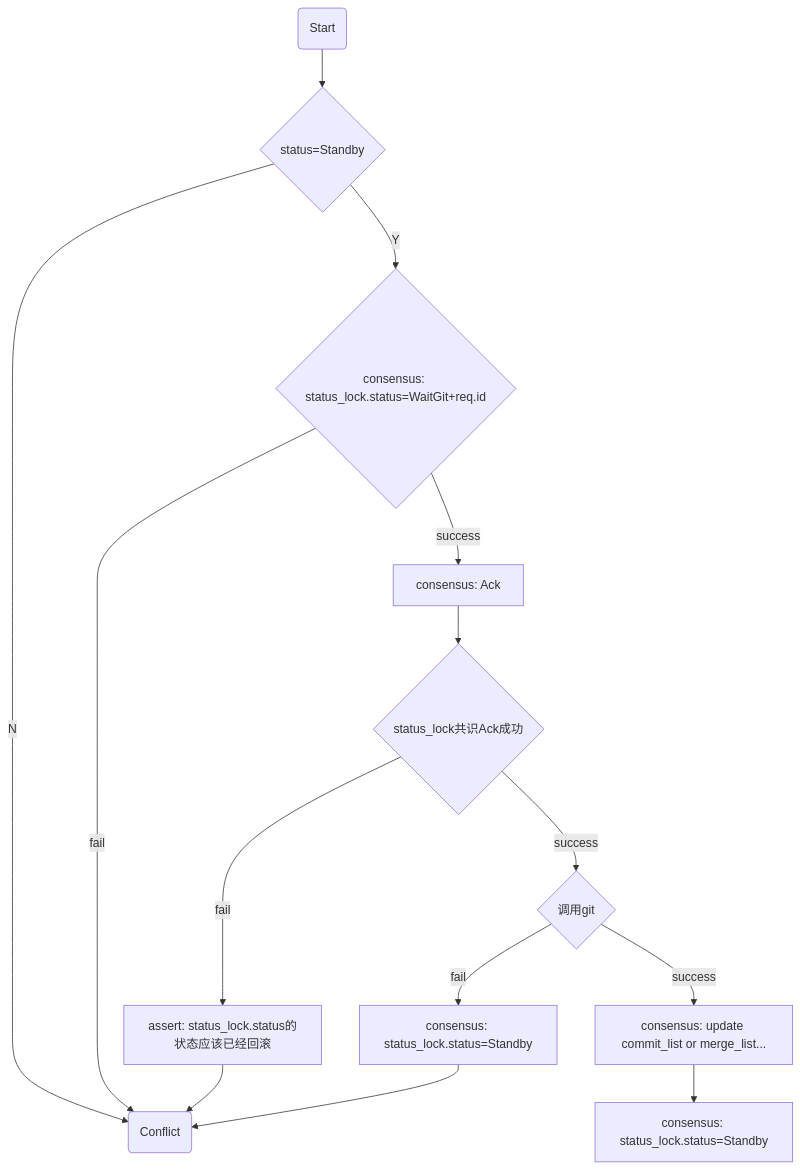
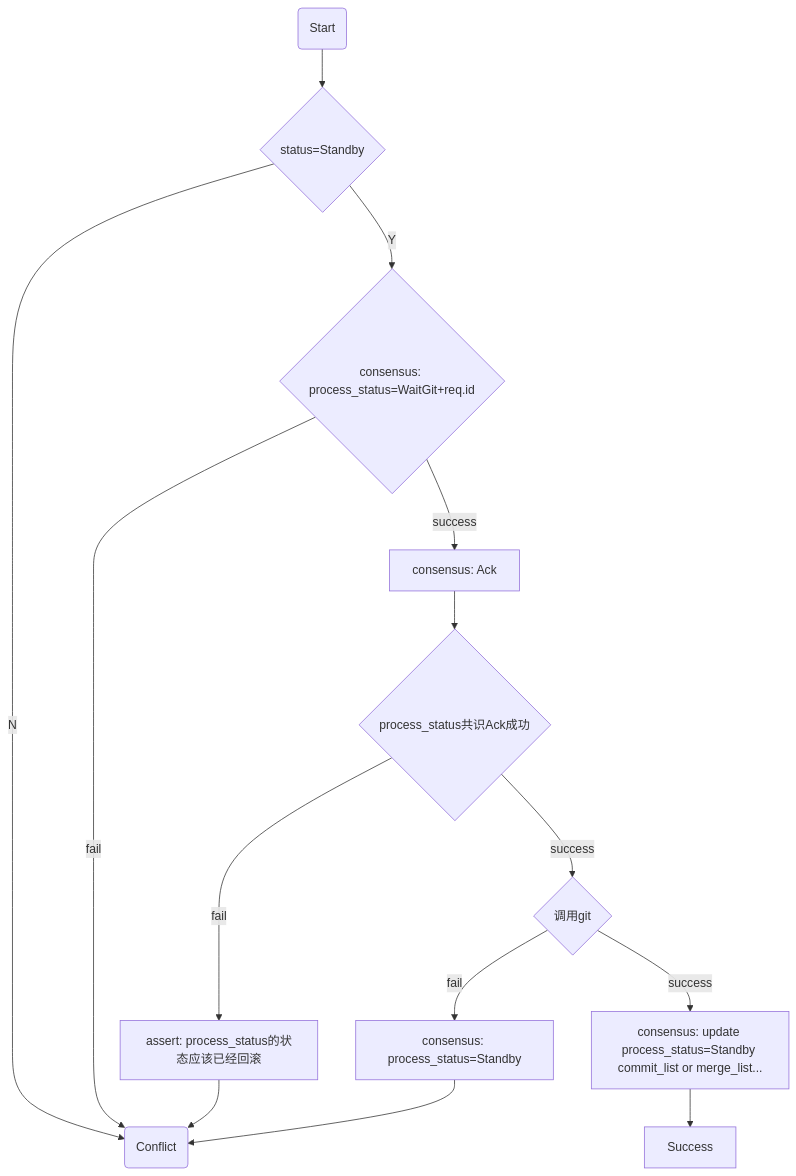
Before and after one commit to buckyos/CodeDAO: the diagram in docs/goto DAO.md, drawn with Mermaid. The commit also changed other lines of this file and 1 other file, not shown here.

Commit message:
doc: branch serial

````diff
--- a/docs/goto DAO.md
+++ b/docs/goto DAO.md
@@ -95,13 +91,13 @@
 ```mermaid
 graph TB
 Start(Start)-->CheckVersionState{status=Standby}
 CheckVersionState--N-->Conflict(Conflict)
-CheckVersionState--Y-->UpdateVersionStateReq{consensus: status_lock.status=WaitGit+req.id}
+CheckVersionState--Y-->UpdateVersionStateReq{consensus: process_status=WaitGit+req.id}
 --success-->UpdateVersionStateAck[consensus: Ack]
--->VersionSuccessAck{status_lock共识Ack成功}
---success-->Git{调用git}--success-->UpdateOpList[consensus: update commit_list or merge_list...]
--->UpdateVersionStateDoneReq[consensus: status_lock.status=Standby]
+-->VersionSuccessAck{process_status共识Ack成功}
+--success-->Git{调用git}--success-->UpdateOpList[consensus: update process_status=Standby commit_list or merge_list...]
+-->Success
 UpdateVersionStateReq--fail-->Conflict
-VersionSuccessAck--fail-->Rollback[assert: status_lock.status的状态应该已经回滚]-->Conflict
-Git--fail-->UpdateVersionStateDoneReqFail[consensus: status_lock.status=Standby]-->Conflict
+VersionSuccessAck--fail-->Rollback[assert: process_status的状态应该已经回滚]-->Conflict
+Git--fail-->UpdateVersionStateDoneReqFail[consensus: process_status=Standby]-->Conflict
 ```
````
